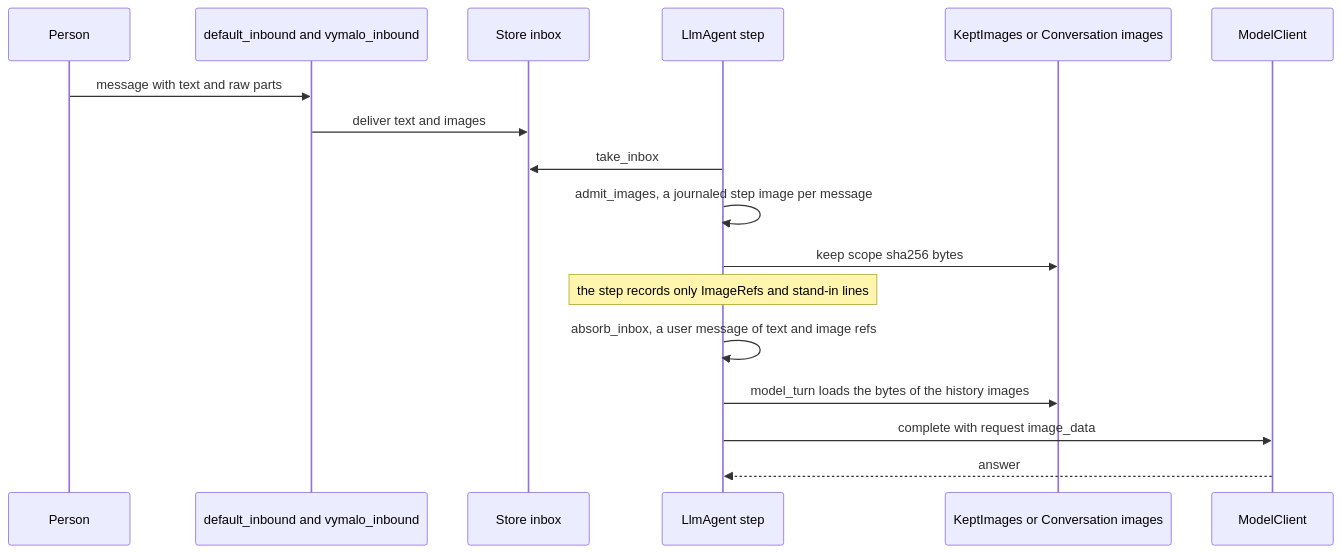
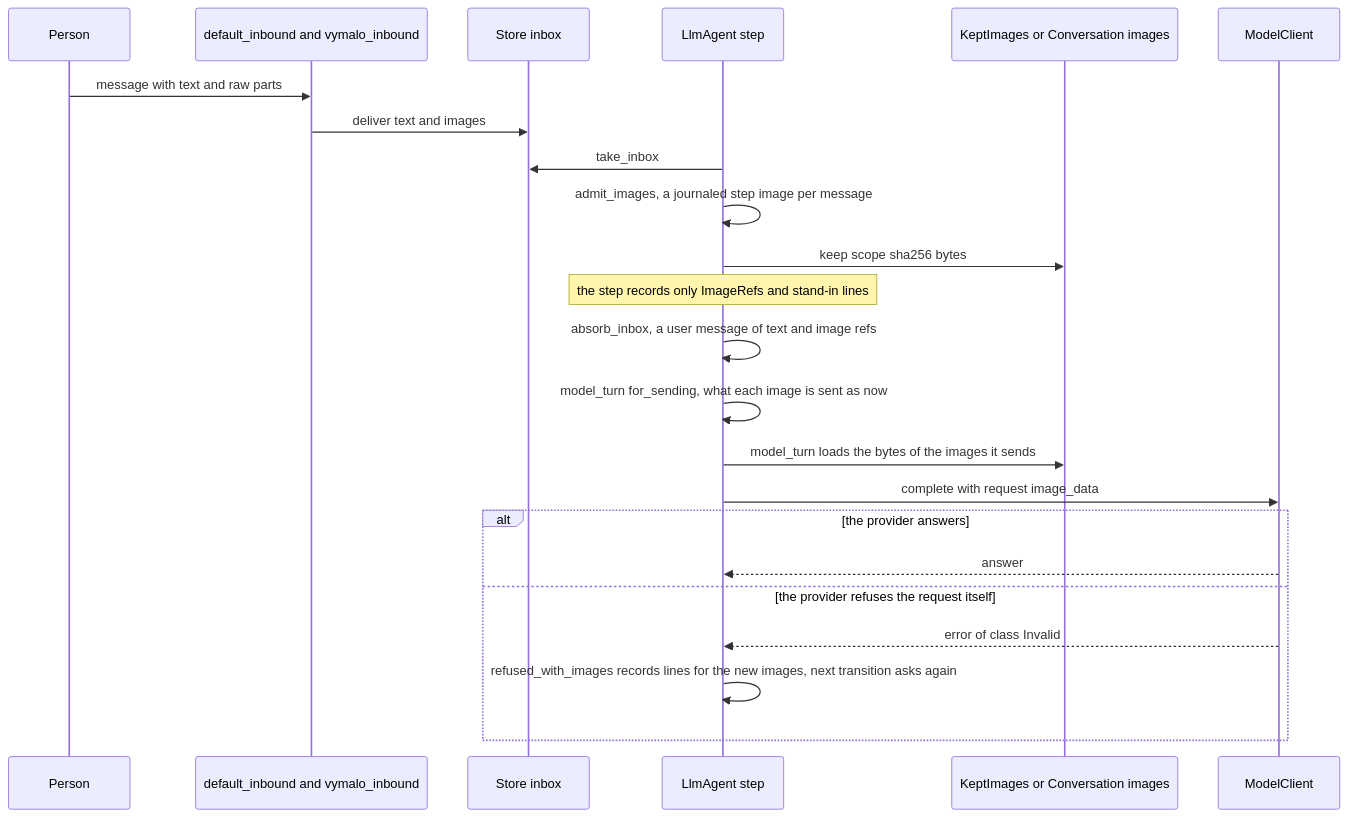
One commit to vymalo/another-adam-rs changed the fifth of 8 diagrams in docs/reference/a2a-server.md. Above: the diagram before and after it, drawn with Mermaid. The commit also changed other lines of this file and 13 other files, not shown here.

First line of the commit message:
docs: say where image bytes are, what is sent now, the sweep and the refused request (ADR 0044)

````diff
--- a/docs/reference/a2a-server.md
+++ b/docs/reference/a2a-server.md
@@ -393,19 +397,25 @@
 ```mermaid
 sequenceDiagram
     participant P as Person
     participant F as default_inbound and vymalo_inbound
     participant S as Store inbox
     participant L as LlmAgent step
     participant K as KeptImages or Conversation images
     participant M as ModelClient
     P->>F: message with text and raw parts
     F->>S: deliver text and images
     L->>S: take_inbox
     L->>L: admit_images, a journaled step image per message
     L->>K: keep scope sha256 bytes
     Note over L: the step records only ImageRefs and stand-in lines
     L->>L: absorb_inbox, a user message of text and image refs
-    L->>K: model_turn loads the bytes of the history images
+    L->>L: model_turn for_sending, what each image is sent as now
+    L->>K: model_turn loads the bytes of the images it sends
     L->>M: complete with request image_data
-    M-->>L: answer
+    alt the provider answers
+        M-->>L: answer
+    else the provider refuses the request itself
+        M-->>L: error of class Invalid
+        L->>L: refused_with_images records lines for the new images, next transition asks again
+    end
 ```
````
